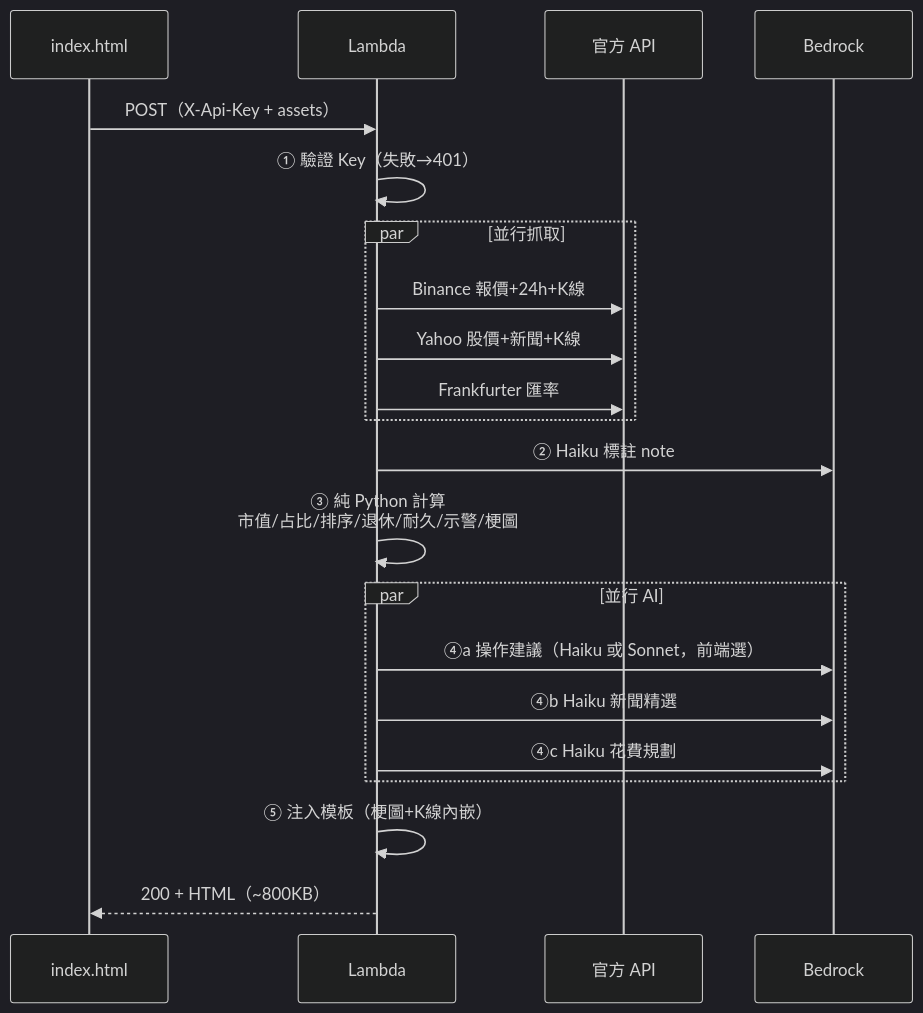
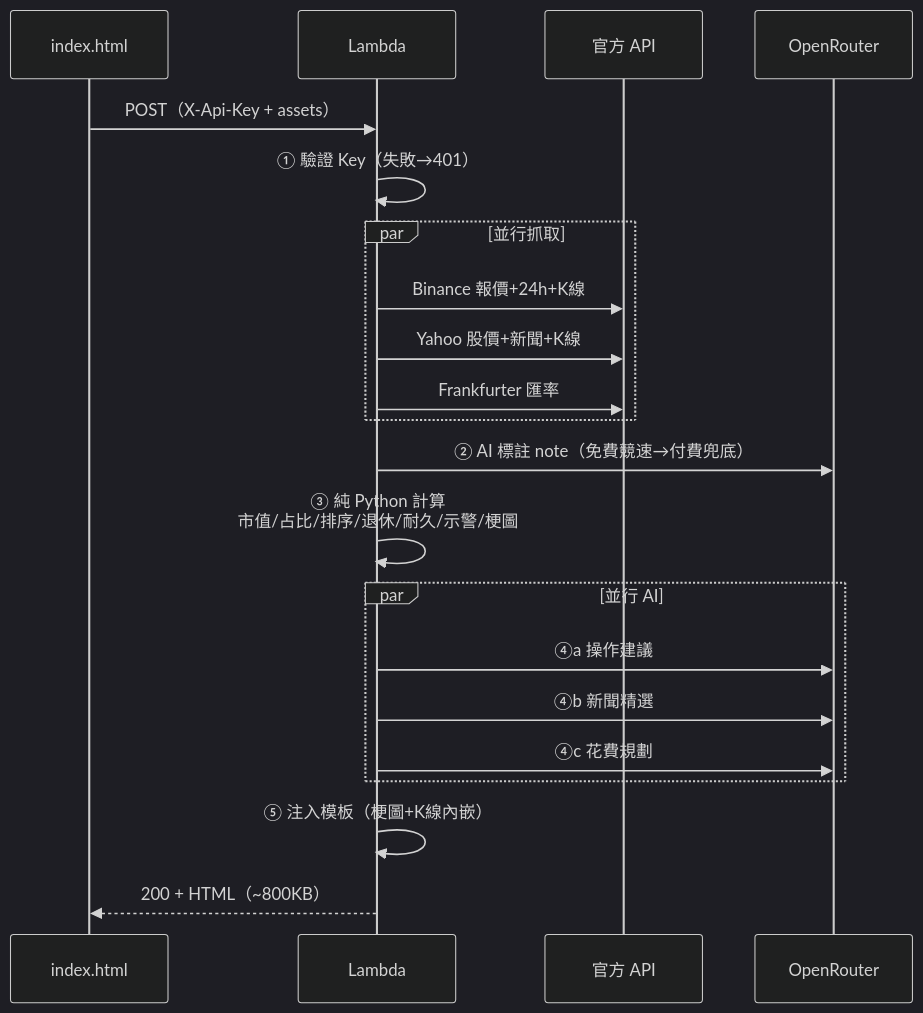
The third of 3 diagrams in README.md (burma2005/asset-report-bot), drawn with Mermaid before and after one commit. The commit also changed other lines of this file and 10 other files, not shown here.

First line of the commit message:
階段一：AWS Bedrock → OpenRouter，新增其他資產與多項輸入修正

````diff
--- a/README.md
+++ b/README.md
@@ -79,25 +80,25 @@
 ```mermaid
 %%{init: {'theme':'dark', 'themeVariables': {'fontSize':'18px'}}}%%
 sequenceDiagram
     participant U as index.html
     participant L as Lambda
     participant API as 官方 API
-    participant AI as Bedrock
+    participant AI as OpenRouter
 
     U->>L: POST（X-Api-Key + assets）
     L->>L: ① 驗證 Key（失敗→401）
     par 並行抓取
         L->>API: Binance 報價+24h+K線
         L->>API: Yahoo 股價+新聞+K線
         L->>API: Frankfurter 匯率
     end
-    L->>AI: ② Haiku 標註 note
+    L->>AI: ② AI 標註 note（免費競速→付費兜底）
     L->>L: ③ 純 Python 計算<br/>市值/占比/排序/退休/耐久/示警/梗圖
     par 並行 AI
-        L->>AI: ④a 操作建議（Haiku 或 Sonnet，前端選）
-        L->>AI: ④b Haiku 新聞精選
-        L->>AI: ④c Haiku 花費規劃
+        L->>AI: ④a 操作建議
+        L->>AI: ④b 新聞精選
+        L->>AI: ④c 花費規劃
     end
     L->>L: ⑤ 注入模板（梗圖+K線內嵌）
     L-->>U: 200 + HTML（~800KB）
 ```
````
